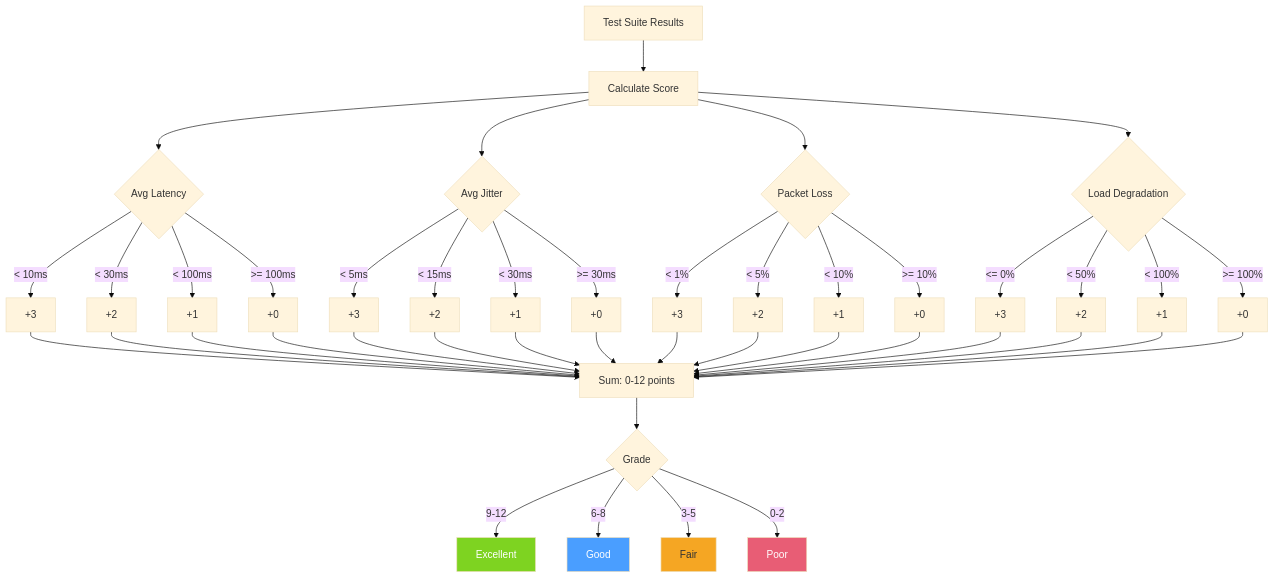
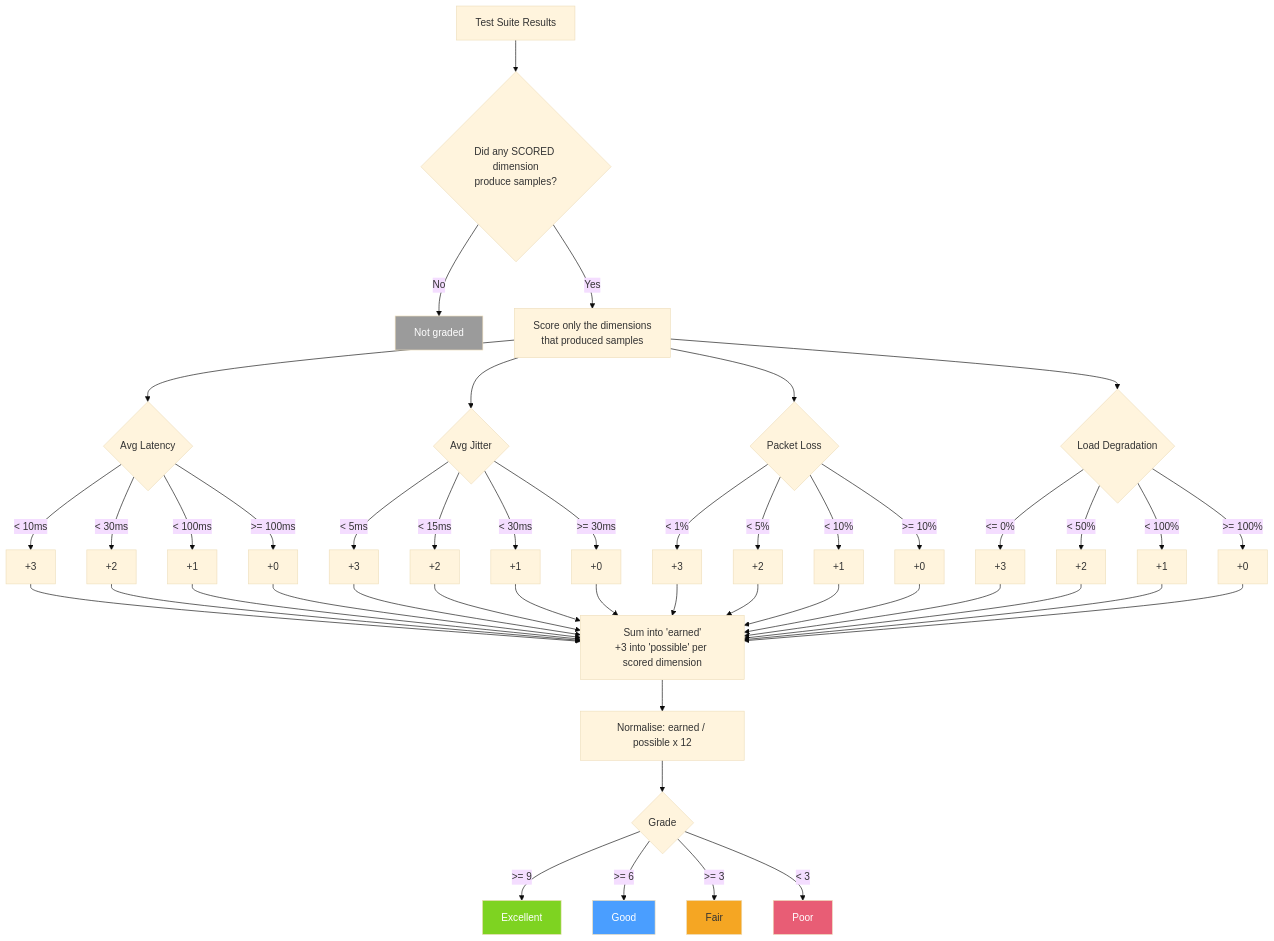
Before and after one commit to chrlyons/iPadDx: the tenth of 11 diagrams in docs/current_architecture.md, drawn with Mermaid (base theme). The commit also changed other lines of this file and 61 other files, not shown here.

````diff
--- a/docs/current_architecture.md
+++ b/docs/current_architecture.md
@@ -398,44 +515,48 @@
 ```mermaid
 flowchart TD
-    Results[Test Suite Results] --> Score[Calculate Score]
+    Results[Test Suite Results] --> Gate{"Did any SCORED dimension<br/>produce samples?"}
+    Gate -->|No| NotGraded["Not graded"]
+    Gate -->|Yes| Score["Score only the dimensions<br/>that produced samples"]
 
     Score --> Lat{Avg Latency}
     Lat -->|"< 10ms"| L3[+3]
     Lat -->|"< 30ms"| L2[+2]
     Lat -->|"< 100ms"| L1[+1]
     Lat -->|">= 100ms"| L0[+0]
 
     Score --> Jit{Avg Jitter}
     Jit -->|"< 5ms"| J3[+3]
     Jit -->|"< 15ms"| J2[+2]
     Jit -->|"< 30ms"| J1[+1]
     Jit -->|">= 30ms"| J0[+0]
 
     Score --> PL{Packet Loss}
     PL -->|"< 1%"| P3[+3]
     PL -->|"< 5%"| P2[+2]
     PL -->|"< 10%"| P1[+1]
     PL -->|">= 10%"| P0[+0]
 
     Score --> Deg{Load Degradation}
     Deg -->|"<= 0%"| D3[+3]
     Deg -->|"< 50%"| D2[+2]
     Deg -->|"< 100%"| D1[+1]
     Deg -->|">= 100%"| D0[+0]
 
-    L3 & L2 & L1 & L0 --> Total[Sum: 0-12 points]
+    L3 & L2 & L1 & L0 --> Total["Sum into 'earned'<br/>+3 into 'possible' per scored dimension"]
     J3 & J2 & J1 & J0 --> Total
     P3 & P2 & P1 & P0 --> Total
     D3 & D2 & D1 & D0 --> Total
 
-    Total --> Grade{Grade}
-    Grade -->|"9-12"| Excellent[Excellent]
-    Grade -->|"6-8"| Good[Good]
-    Grade -->|"3-5"| Fair[Fair]
-    Grade -->|"0-2"| Poor[Poor]
+    Total --> Norm["Normalise: earned / possible x 12"]
+    Norm --> Grade{Grade}
+    Grade -->|">= 9"| Excellent[Excellent]
+    Grade -->|">= 6"| Good[Good]
+    Grade -->|">= 3"| Fair[Fair]
+    Grade -->|"< 3"| Poor[Poor]
 
     style Excellent fill:#7ed321,color:#fff
     style Good fill:#4a9eff,color:#fff
     style Fair fill:#f5a623,color:#333
     style Poor fill:#e85d75,color:#fff
+    style NotGraded fill:#9b9b9b,color:#fff
 ```
````
